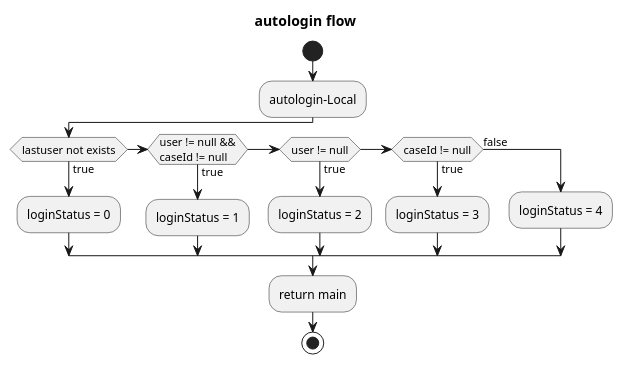
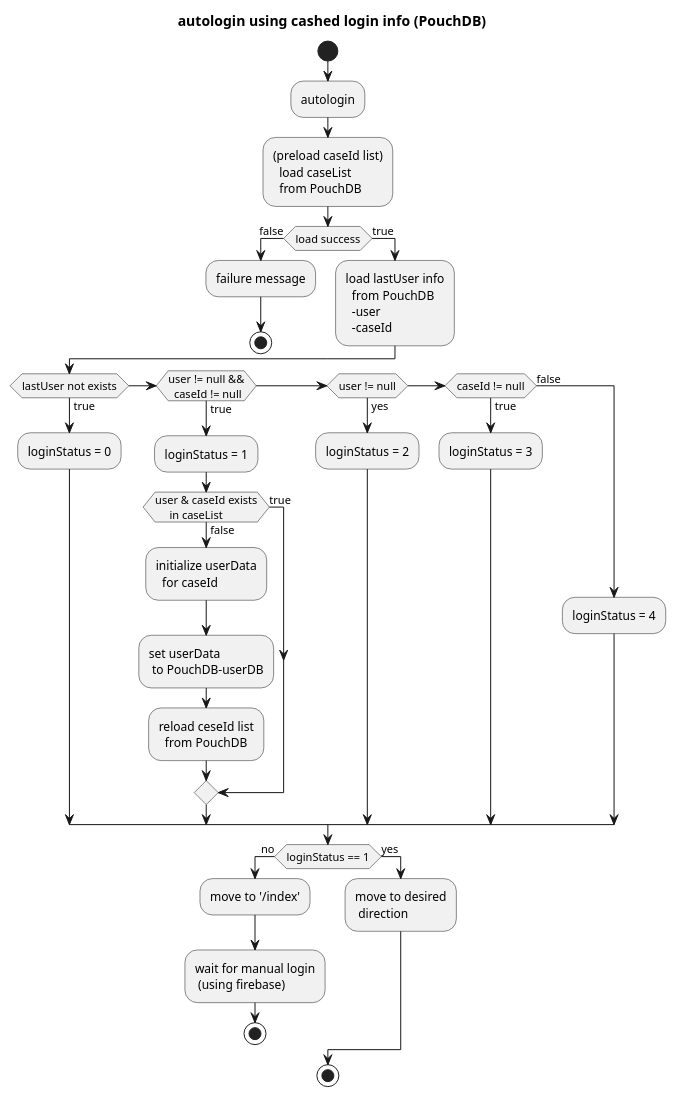
The diagram in assets/backdata/loginWorkflow.puml (snakada1615/nuxt_pwa201122), drawn with PlantUML before and after one commit. The commit also changed 8 other files, not shown here.

```diff
--- a/assets/backdata/loginWorkflow.puml
+++ b/assets/backdata/loginWorkflow.puml
@@ -1,25 +1,59 @@
 @startuml
-title autologin flow
+title autologin using cashed login info (PouchDB)
 
 start
 
-:autologin-Local;
+:autologin;
 
-if (lastuser not exists) then (true)
+
+:(preload caseId list)
+  load caseList
+  from PouchDB;
+
+ if (load success) then (false)
+  :failure message;
+  stop
+  else (true)
+  :load lastUser info
+    from PouchDB
+    -user
+    -caseId;
+ endif
+
+
+if (lastUser not exists) then (true)
     :loginStatus = 0;
 else if (user != null &&
-caseId != null) then (true)
+  caseId != null) then (true)
     :loginStatus = 1;
-else if (user != null) then (true)
+    if (user & caseId exists
+     in caseList) then (true)
+
+    else (false)
+      :initialize userData
+        for caseId;
+      :set userData
+       to PouchDB-userDB;
+      :reload ceseId list
+        from PouchDB;
+    endif
+else if (user != null) then (yes)
     :loginStatus = 2;
 else if (caseId != null) then (true)
     :loginStatus = 3;
 else (false)
     :loginStatus = 4;
 endif
 
-:return main;
-
+if (loginStatus == 1) then (no)
+  :move to '/index';
+  :wait for manual login
+   (using firebase);
+  stop
+else (yes)
+  :move to desired
+   direction;
+endif
 stop
 
 @enduml
```
